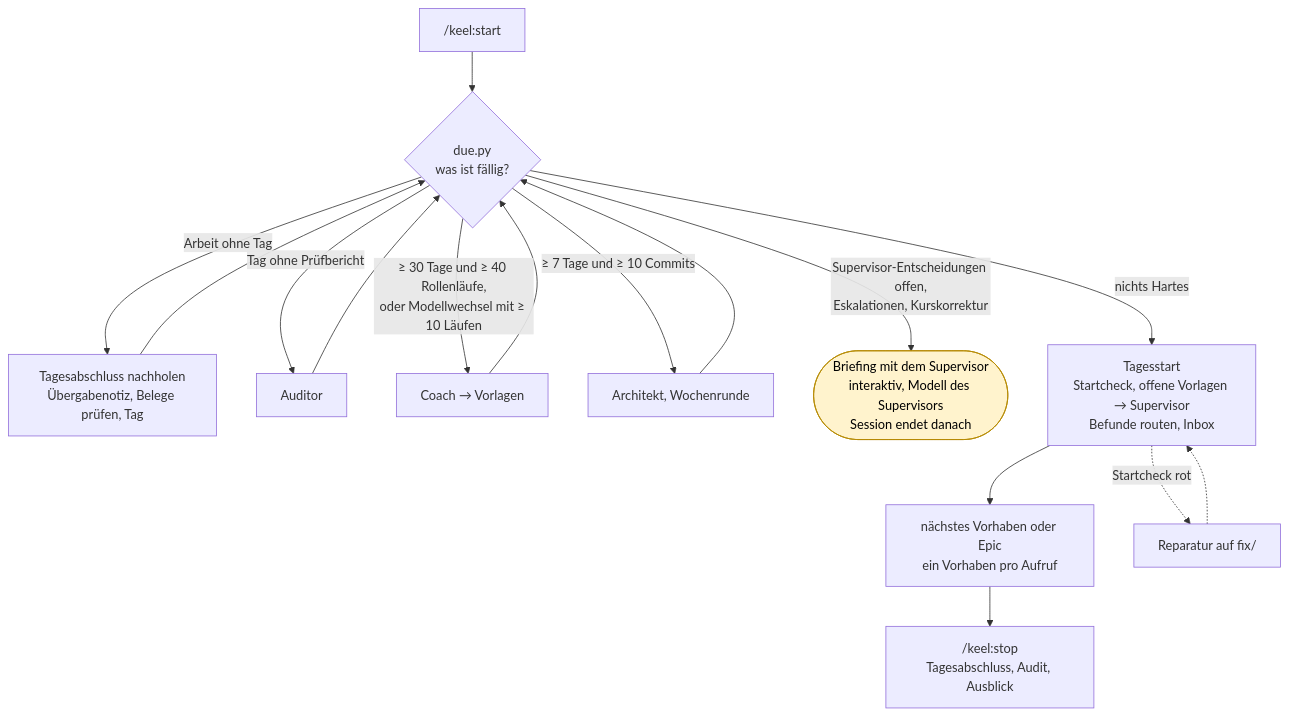
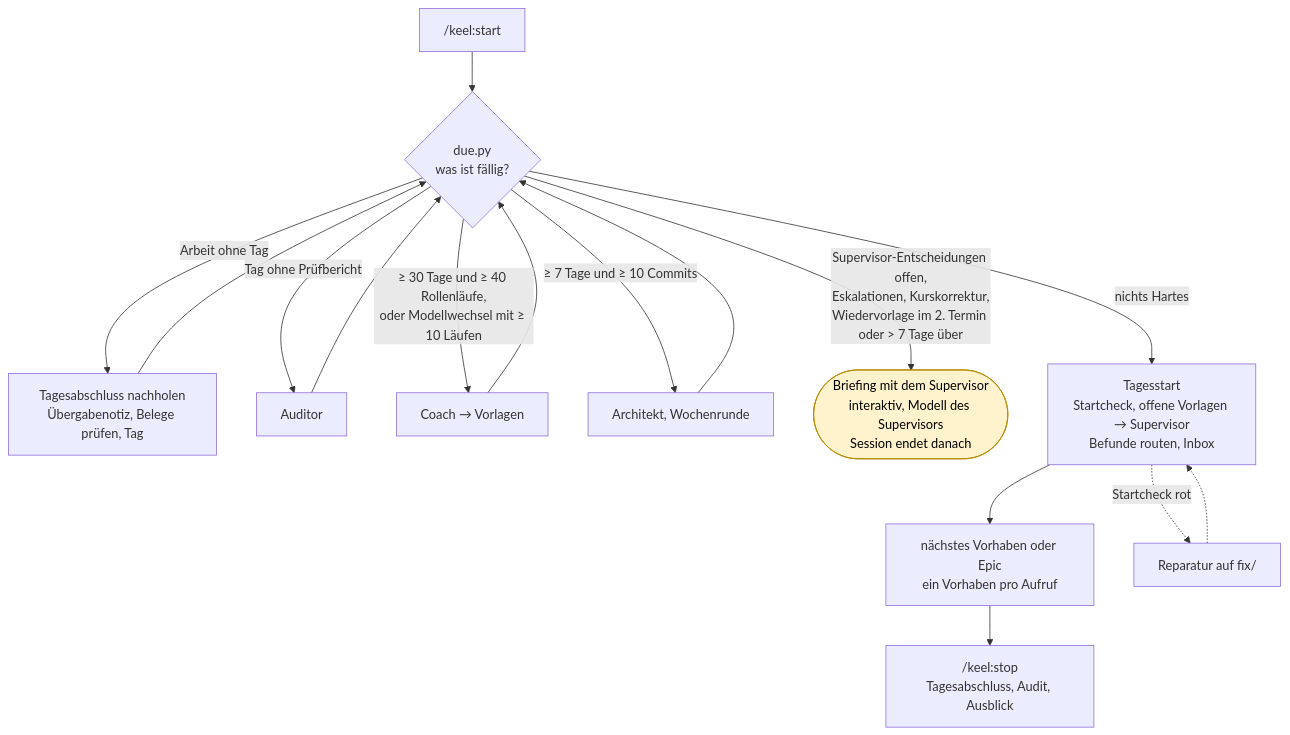
Before and after one commit to xXExceptionXx/keel: the second of 7 diagrams in docs/system.md, drawn with Mermaid. The commit also changed other lines of this file and 8 other files, not shown here.

````diff
--- a/docs/system.md
+++ b/docs/system.md
@@ -53,20 +55,20 @@
 ```mermaid
 flowchart TD
     S["/keel:start"] --> D{"due.py<br/>was ist fällig?"}
     D -->|Arbeit ohne Tag| TA["Tagesabschluss nachholen<br/>Übergabenotiz, Belege prüfen, Tag"]
     TA --> D
     D -->|Tag ohne Prüfbericht| AU["Auditor"]
     AU --> D
     D -->|≥ 30 Tage und ≥ 40 Rollenläufe,<br/>oder Modellwechsel mit ≥ 10 Läufen| CO["Coach → Vorlagen"]
     CO --> D
     D -->|≥ 7 Tage und ≥ 10 Commits| AR["Architekt, Wochenrunde"]
     AR --> D
-    D -->|Supervisor-Entscheidungen offen,<br/>Eskalationen, Kurskorrektur| BR(["Briefing mit dem Supervisor<br/>interaktiv, Modell des Supervisors<br/>Session endet danach"])
+    D -->|Supervisor-Entscheidungen offen,<br/>Eskalationen, Kurskorrektur,<br/>Wiedervorlage im 2. Termin oder > 7 Tage über| BR(["Briefing mit dem Supervisor<br/>interaktiv, Modell des Supervisors<br/>Session endet danach"])
     D -->|nichts Hartes| TS["Tagesstart<br/>Startcheck, offene Vorlagen → Supervisor<br/>Befunde routen, Inbox"]
     TS --> V["nächstes Vorhaben oder Epic<br/>ein Vorhaben pro Aufruf"]
     V --> E["/keel:stop<br/>Tagesabschluss, Audit, Ausblick"]
     TS -. Startcheck rot .-> R["Reparatur auf fix/<ID>"] -.-> TS
 
     classDef human fill:#fff3cd,stroke:#b58900,color:#000
     class BR human
 ```
````
